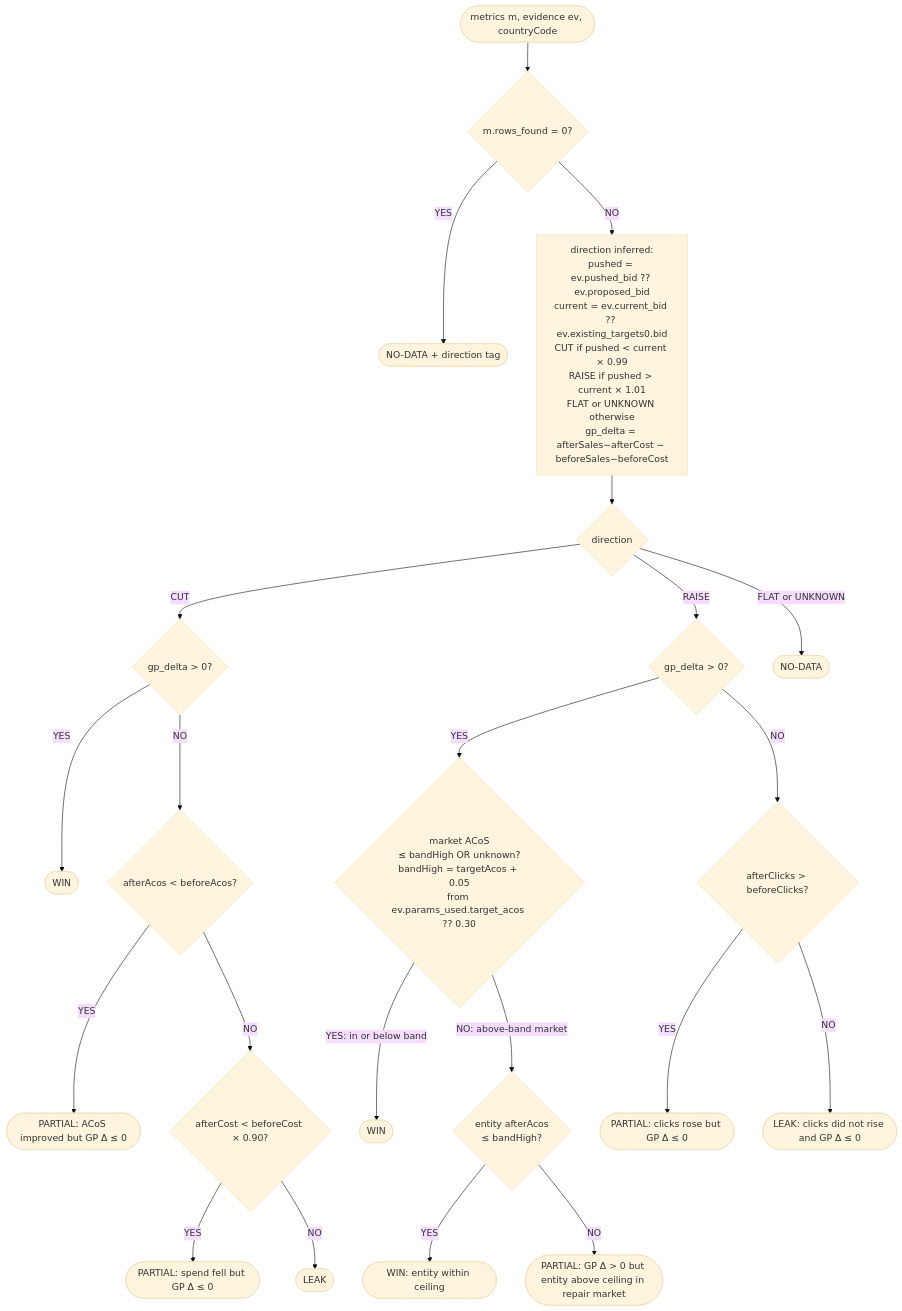
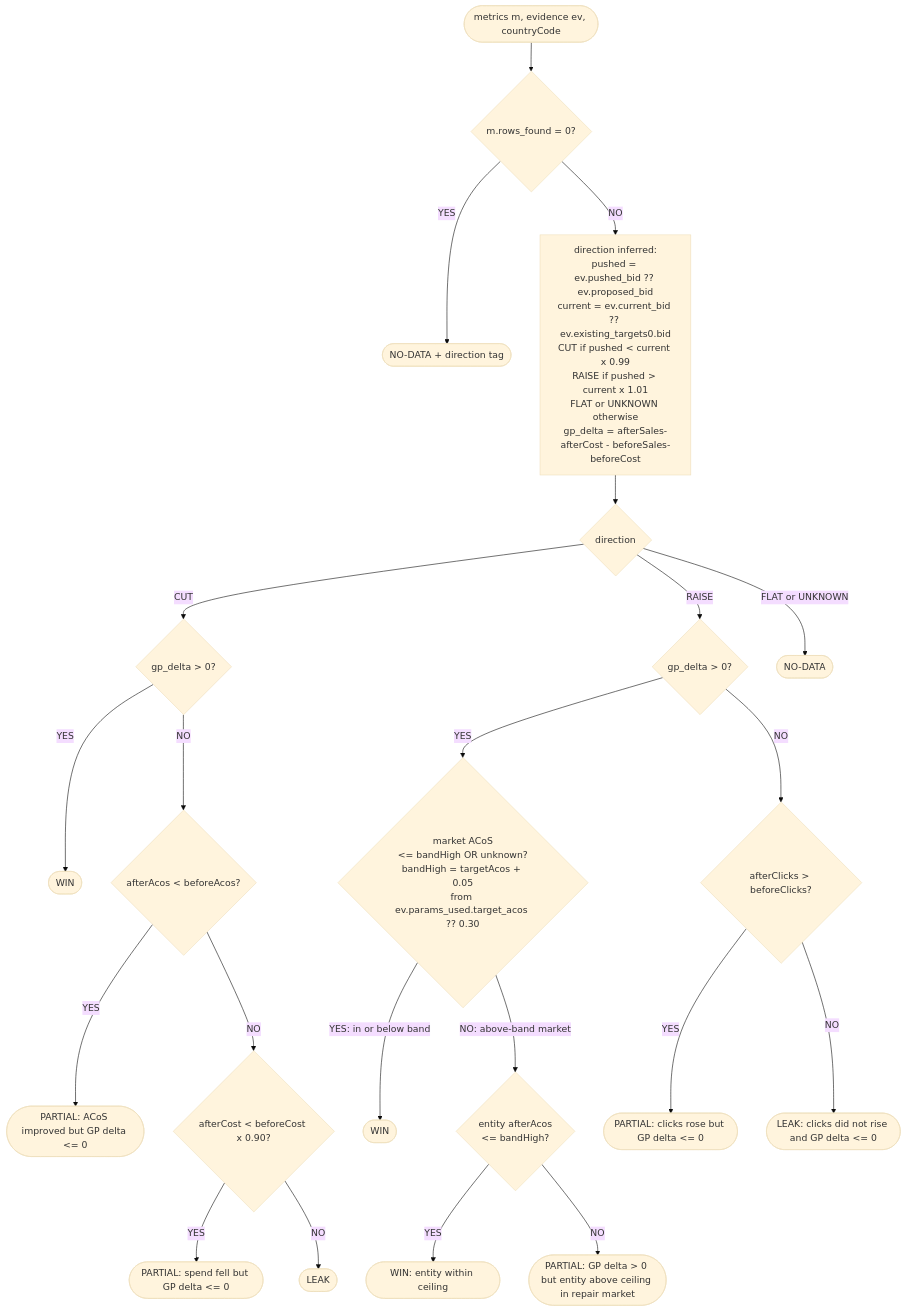
Before and after one commit to ChristianHultner/cdl-ads: the eighth of 9 diagrams in docs/doctrine.md, drawn with Mermaid (base theme). The commit also changed other lines of this file and 1 other file, not shown here.

Commit message:
engine page: mermaid label repair + doctrine date

````diff
--- a/docs/doctrine.md
+++ b/docs/doctrine.md
@@ -274,27 +276,27 @@
 ```mermaid
 flowchart TD
     A([metrics m, evidence ev, countryCode]) --> D{m.rows_found = 0?}
     D -- YES --> NODATA([NO-DATA + direction tag])
-    D -- NO --> E[direction inferred:\npushed = ev.pushed_bid ?? ev.proposed_bid\ncurrent = ev.current_bid ?? ev.existing_targets0.bid\nCUT if pushed < current × 0.99\nRAISE if pushed > current × 1.01\nFLAT or UNKNOWN otherwise\ngp_delta = afterSales−afterCost − beforeSales−beforeCost]
+    D -- NO --> E[direction inferred:\npushed = ev.pushed_bid ?? ev.proposed_bid\ncurrent = ev.current_bid ?? ev.existing_targets0.bid\nCUT if pushed < current x 0.99\nRAISE if pushed > current x 1.01\nFLAT or UNKNOWN otherwise\ngp_delta = afterSales-afterCost - beforeSales-beforeCost]
     E --> F{direction}
 
     F -- CUT --> C1{gp_delta > 0?}
     C1 -- YES --> WINC([WIN])
     C1 -- NO --> C2{afterAcos < beforeAcos?}
-    C2 -- YES --> PC1([PARTIAL: ACoS improved but GP Δ ≤ 0])
-    C2 -- NO --> C3{afterCost < beforeCost × 0.90?}
-    C3 -- YES --> PC2([PARTIAL: spend fell but GP Δ ≤ 0])
+    C2 -- YES --> PC1([PARTIAL: ACoS improved but GP delta <= 0])
+    C2 -- NO --> C3{afterCost < beforeCost x 0.90?}
+    C3 -- YES --> PC2([PARTIAL: spend fell but GP delta <= 0])
     C3 -- NO --> LC([LEAK])
 
     F -- RAISE --> R1{gp_delta > 0?}
-    R1 -- YES --> R2{market ACoS\n≤ bandHigh OR unknown?\nbandHigh = targetAcos + 0.05\nfrom ev.params_used.target_acos ?? 0.30}
+    R1 -- YES --> R2{market ACoS\n<= bandHigh OR unknown?\nbandHigh = targetAcos + 0.05\nfrom ev.params_used.target_acos ?? 0.30}
     R2 -- YES: in or below band --> WINR([WIN])
-    R2 -- NO: above-band market --> R3{entity afterAcos\n≤ bandHigh?}
+    R2 -- NO: above-band market --> R3{entity afterAcos\n<= bandHigh?}
     R3 -- YES --> WINR2([WIN: entity within ceiling])
-    R3 -- NO --> PR1([PARTIAL: GP Δ > 0 but entity above ceiling in repair market])
+    R3 -- NO --> PR1([PARTIAL: GP delta > 0 but entity above ceiling in repair market])
     R1 -- NO --> R4{afterClicks > beforeClicks?}
-    R4 -- YES --> PR2([PARTIAL: clicks rose but GP Δ ≤ 0])
-    R4 -- NO --> LR([LEAK: clicks did not rise and GP Δ ≤ 0])
+    R4 -- YES --> PR2([PARTIAL: clicks rose but GP delta <= 0])
+    R4 -- NO --> LR([LEAK: clicks did not rise and GP delta <= 0])
 
     F -- FLAT or UNKNOWN --> NODATA2([NO-DATA])
 ```
````
